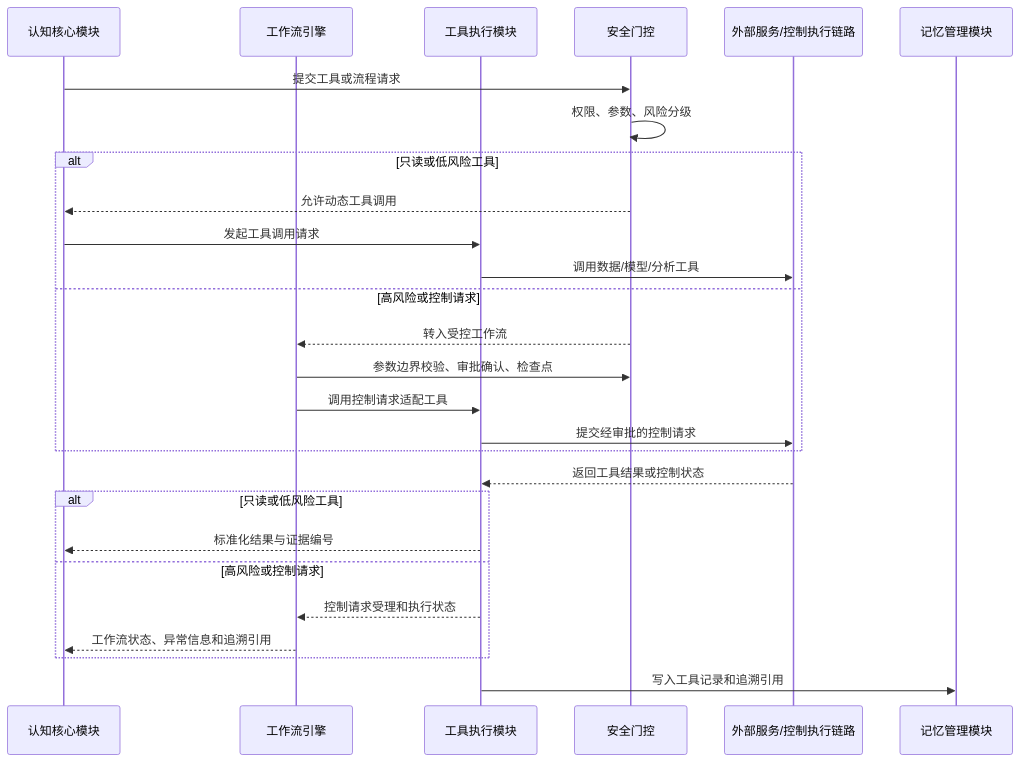
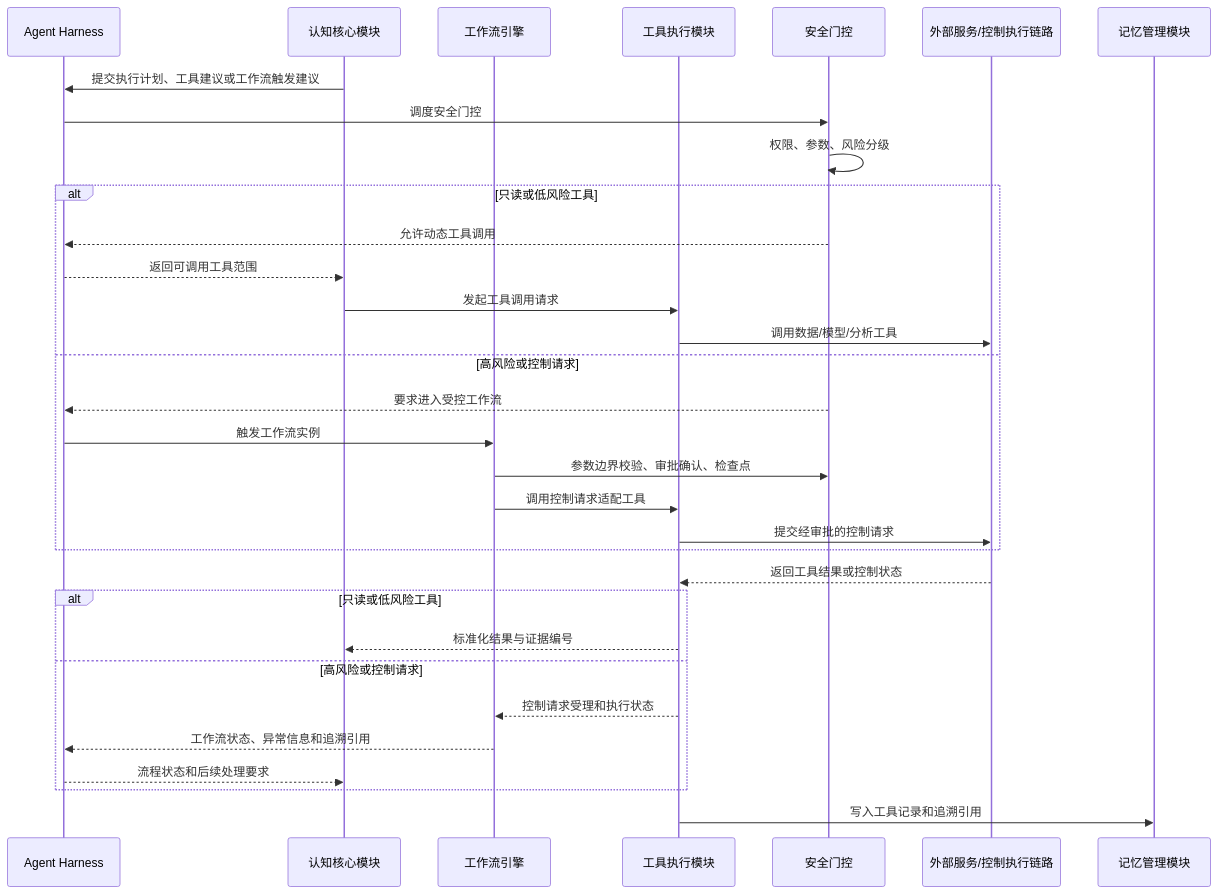
Before and after one commit to StormSeven1/obsidian-vault: the sixth of 7 diagrams in radar agent/4.3.3.2 LD智能体子系统技术方案.md, drawn with Mermaid. The commit also changed other lines of this file, not shown here.

````diff
--- a/radar agent/4.3.3.2 LD智能体子系统技术方案.md
+++ b/radar agent/4.3.3.2 LD智能体子系统技术方案.md
@@ -426,30 +430,35 @@
 ```mermaid
 sequenceDiagram
+    participant H as Agent Harness
     participant C as 认知核心模块
     participant W as 工作流引擎
     participant T as 工具执行模块
     participant G as 安全门控
     participant R as 外部服务/控制执行链路
     participant M as 记忆管理模块
 
-    C->>G: 提交工具或流程请求
+    C->>H: 提交执行计划、工具建议或工作流触发建议
+    H->>G: 调度安全门控
     G->>G: 权限、参数、风险分级
     alt 只读或低风险工具
-        G-->>C: 允许动态工具调用
+        G-->>H: 允许动态工具调用
+        H-->>C: 返回可调用工具范围
         C->>T: 发起工具调用请求
         T->>R: 调用数据/模型/分析工具
     else 高风险或控制请求
-        G-->>W: 转入受控工作流
+        G-->>H: 要求进入受控工作流
+        H->>W: 触发工作流实例
         W->>G: 参数边界校验、审批确认、检查点
         W->>T: 调用控制请求适配工具
         T->>R: 提交经审批的控制请求
     end
     R-->>T: 返回工具结果或控制状态
     alt 只读或低风险工具
         T-->>C: 标准化结果与证据编号
     else 高风险或控制请求
         T-->>W: 控制请求受理和执行状态
-        W-->>C: 工作流状态、异常信息和追溯引用
+        W-->>H: 工作流状态、异常信息和追溯引用
+        H-->>C: 流程状态和后续处理要求
     end
     T->>M: 写入工具记录和追溯引用
 ```
````
